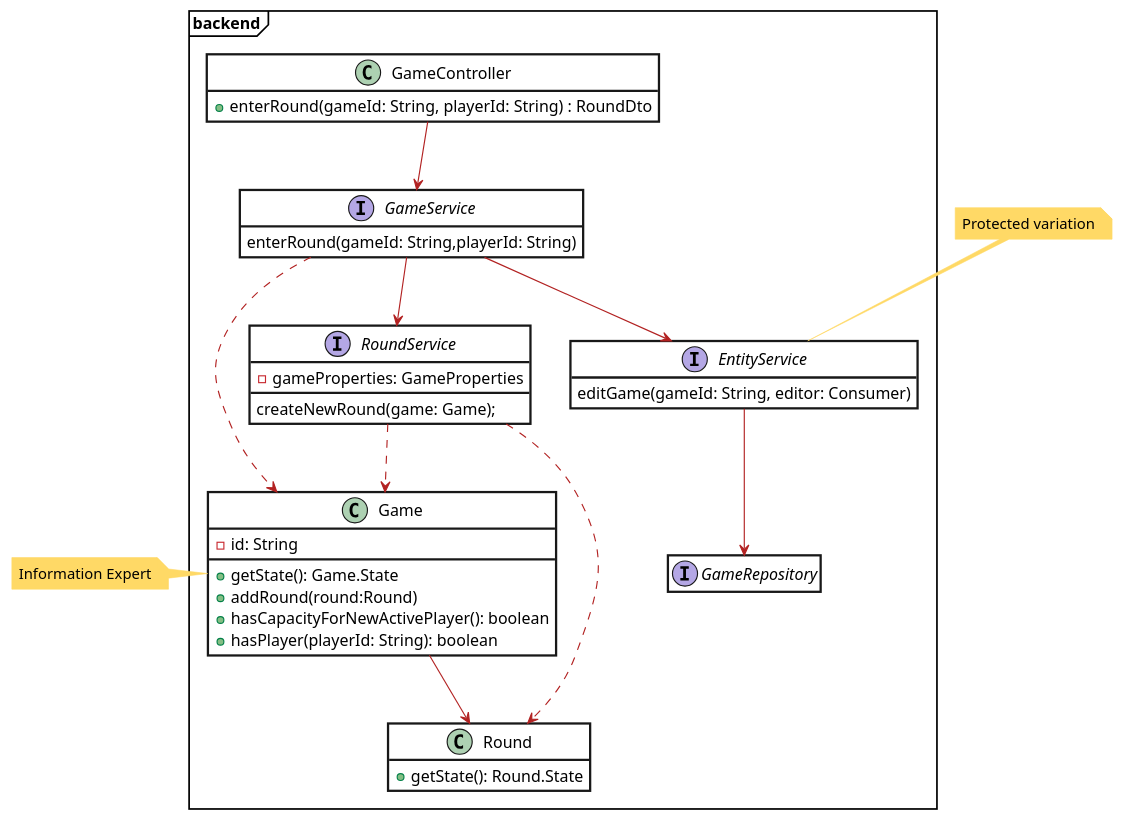
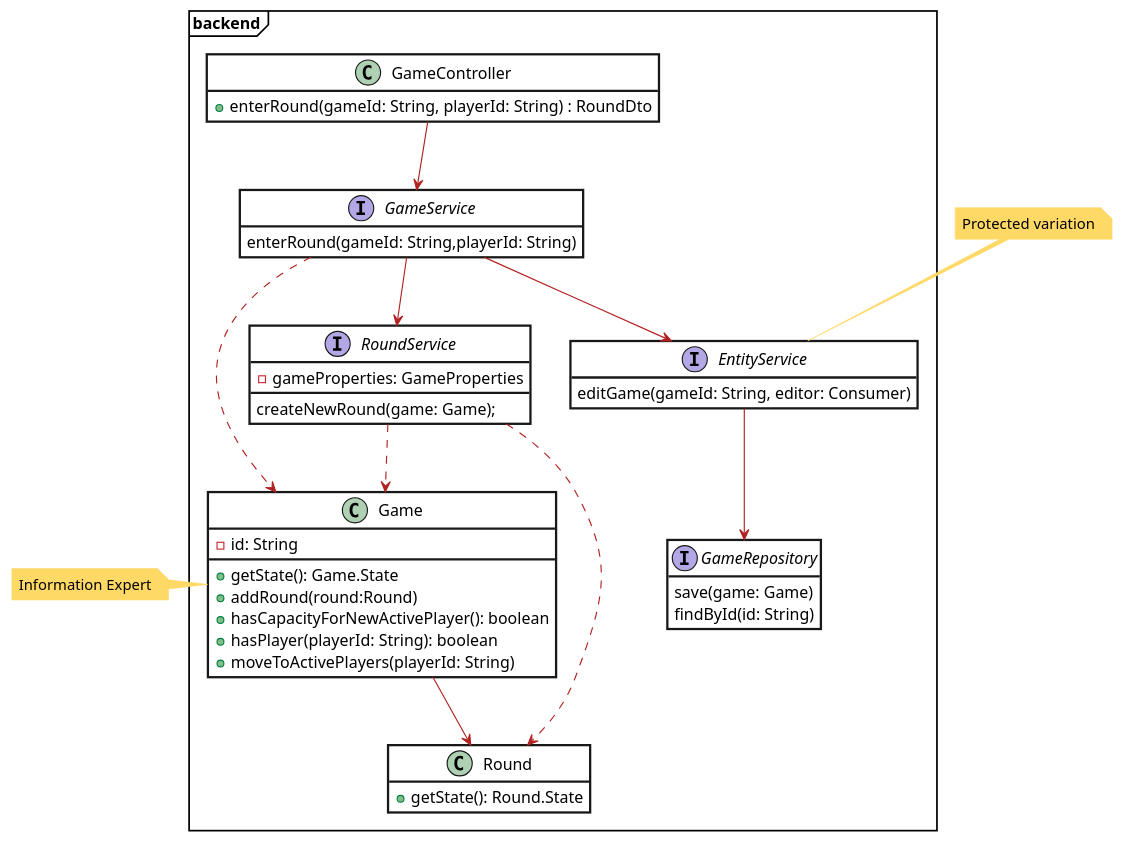
One commit to patrickwinti/worldwidewalter changed the diagram in docs/diagrams/DCD_start_new_round.plantuml. Above: the diagram before and after it, drawn with PlantUML. The commit also changed 6 other files, not shown here.

```diff
--- a/docs/diagrams/DCD_start_new_round.plantuml
+++ b/docs/diagrams/DCD_start_new_round.plantuml
@@ -1,51 +1,55 @@
 @startuml
 skinparam class {
     BackgroundColor white
     ArrowColor Firebrick
     BorderThickness 2
 }
 skinparam Note{
     BorderColor #FFD966
     BackgroundColor #FFD966
 }
 skinparam roundcorner 0
 skinparam packagestyle Frame
 hide empty members
 
 package backend{
    class GameController {
       +enterRound(gameId: String, playerId: String) : RoundDto
    }
    class Game {
       -id: String
       +getState(): Game.State
       +addRound(round:Round)
       +hasCapacityForNewActivePlayer(): boolean
       +hasPlayer(playerId: String): boolean
+      +moveToActivePlayers(playerId: String)
    }
    class Round {
       +getState(): Round.State
    }
    interface EntityService {
       editGame(gameId: String, editor: Consumer)
    }
    interface RoundService{
       -gameProperties: GameProperties
       createNewRound(game: Game);
    }
    interface GameService{
       enterRound(gameId: String,playerId: String)
    }
-   interface GameRepository
+   interface GameRepository {
+      save(game: Game)
+      findById(id: String)
+   }
 }
 note left of Game: Information Expert
 note top of EntityService: Protected variation
 GameController-->GameService
 GameService ..> Game
 Game --> Round
 RoundService ..> Round
 RoundService ..> Game
 GameService --> EntityService
 GameService --> RoundService
 EntityService --> GameRepository
 @enduml
```
